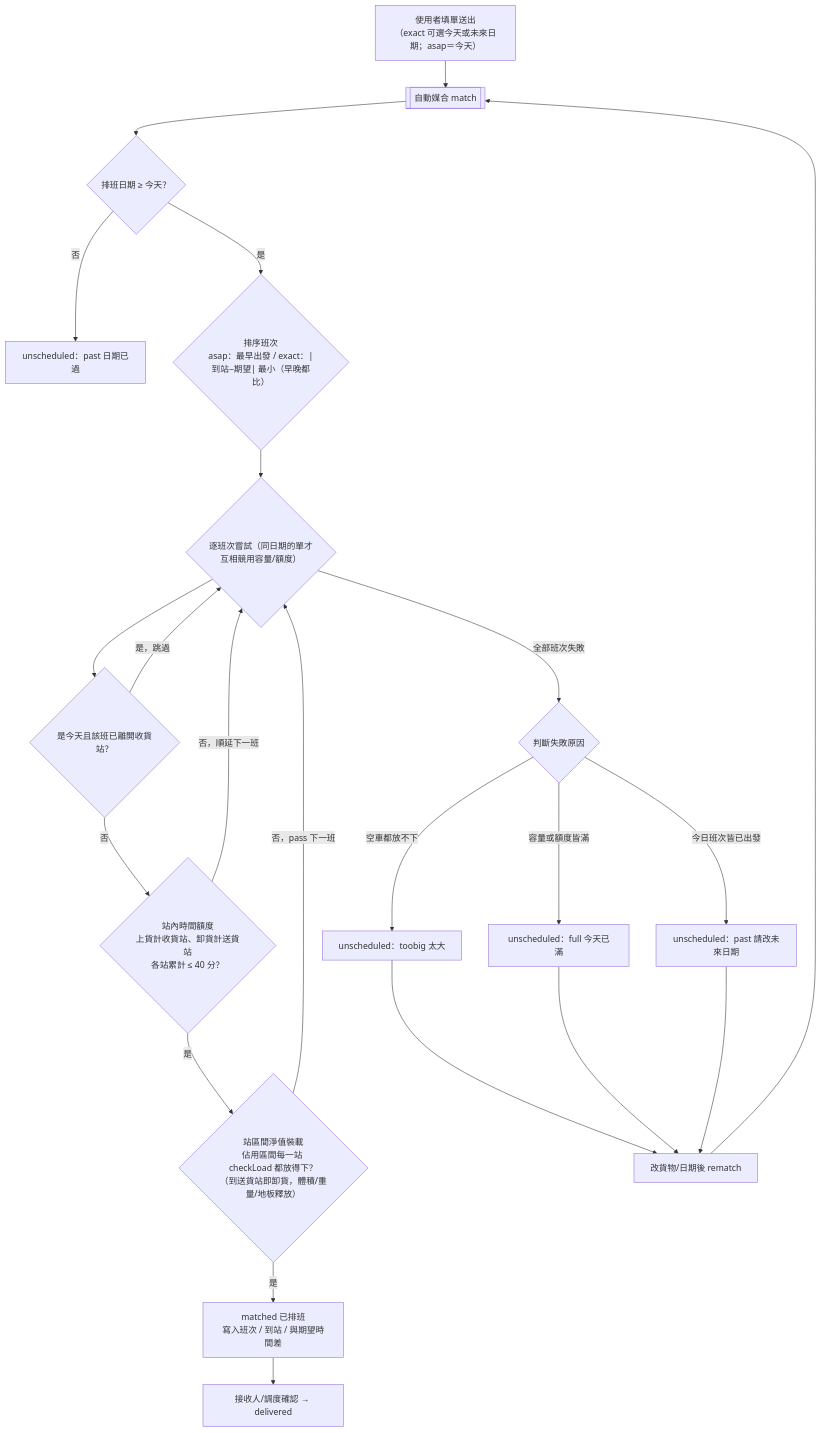
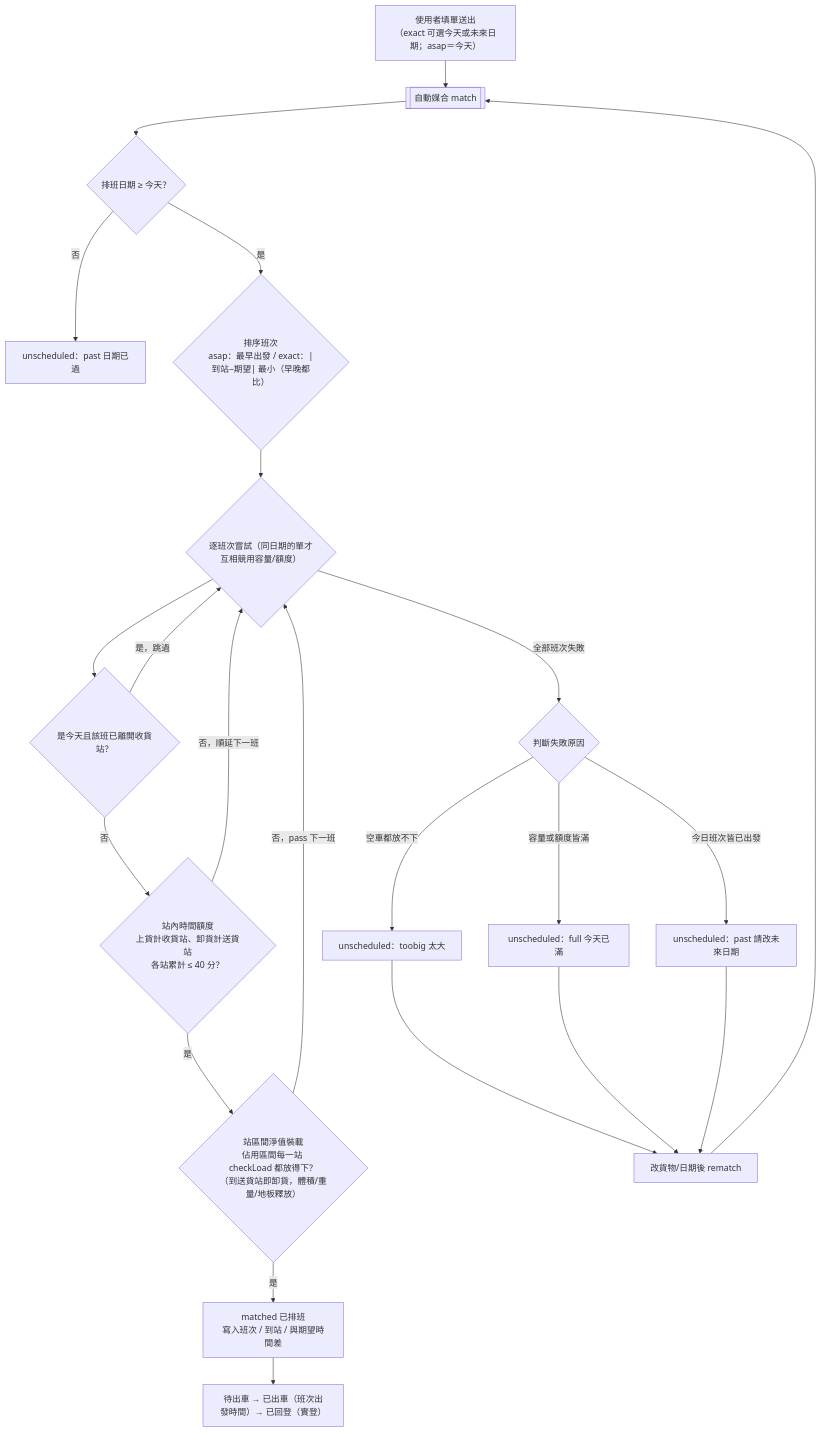
One commit to khcheng77/car-transport changed the first of 6 diagrams in docs/LOGIC.md. Above: the diagram before and after it, drawn with Mermaid. The commit also changed other lines of this file and 7 other files, not shown here.

````diff
--- a/docs/LOGIC.md
+++ b/docs/LOGIC.md
@@ -266,24 +293,24 @@
 ```mermaid
 flowchart TD
   A0["使用者填單送出<br/>（exact 可選今天或未來日期；asap＝今天）"] --> A1[["自動媒合 match"]]
   A1 --> D0{"排班日期 ≥ 今天？"}
   D0 -- 否 --> DP["unscheduled：past 日期已過"]
   D0 -- 是 --> A2{"排序班次<br/>asap：最早出發 / exact：|到站−期望| 最小（早晚都比）"}
   A2 --> A3{"逐班次嘗試（同日期的單才互相競用容量/額度）"}
   A3 --> T0{"是今天且該班已離開收貨站？"}
   T0 -- 是，跳過 --> A3
   T0 -- 否 --> C2{"站內時間額度<br/>上貨計收貨站、卸貨計送貨站<br/>各站累計 ≤ 40 分？"}
   C2 -- 否，順延下一班 --> A3
   C2 -- 是 --> C3{"站區間淨值裝載<br/>佔用區間每一站 checkLoad 都放得下？<br/>（到送貨站即卸貨，體積/重量/地板釋放）"}
   C3 -- 是 --> M["matched 已排班<br/>寫入班次 / 到站 / 與期望時間差"]
   C3 -- 否，pass 下一班 --> A3
   A3 -- 全部班次失敗 --> F{"判斷失敗原因"}
   F -- 今日班次皆已出發 --> Fp["unscheduled：past 請改未來日期"]
   F -- 空車都放不下 --> Ft["unscheduled：toobig 太大"]
   F -- 容量或額度皆滿 --> Fu["unscheduled：full 今天已滿"]
-  M --> D["接收人/調度確認 → delivered"]
+  M --> D["待出車 → 已出車（班次出發時間）→ 已回登（實登）"]
   Ft --> R["改貨物/日期後 rematch"]
   Fu --> R
   Fp --> R
   R --> A1
 ```
````
